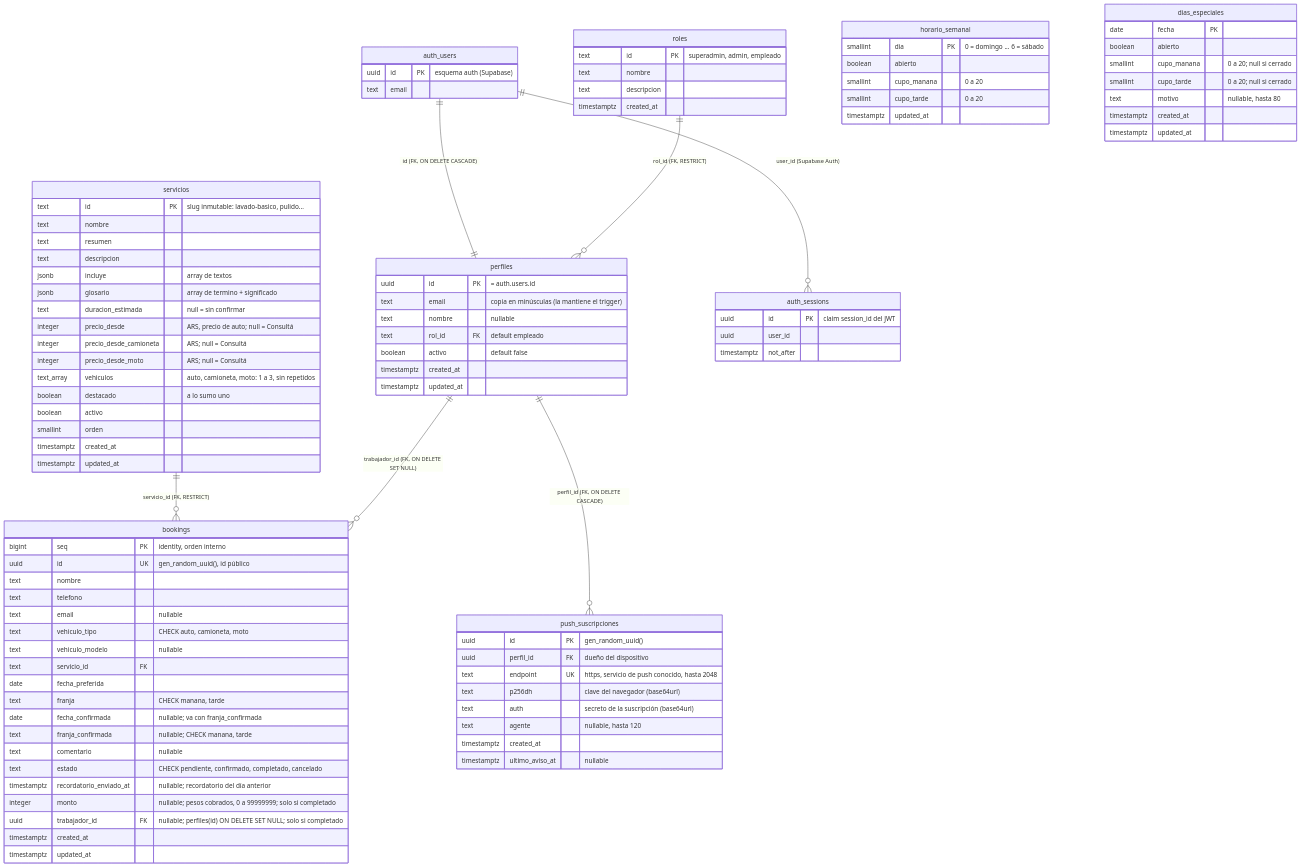
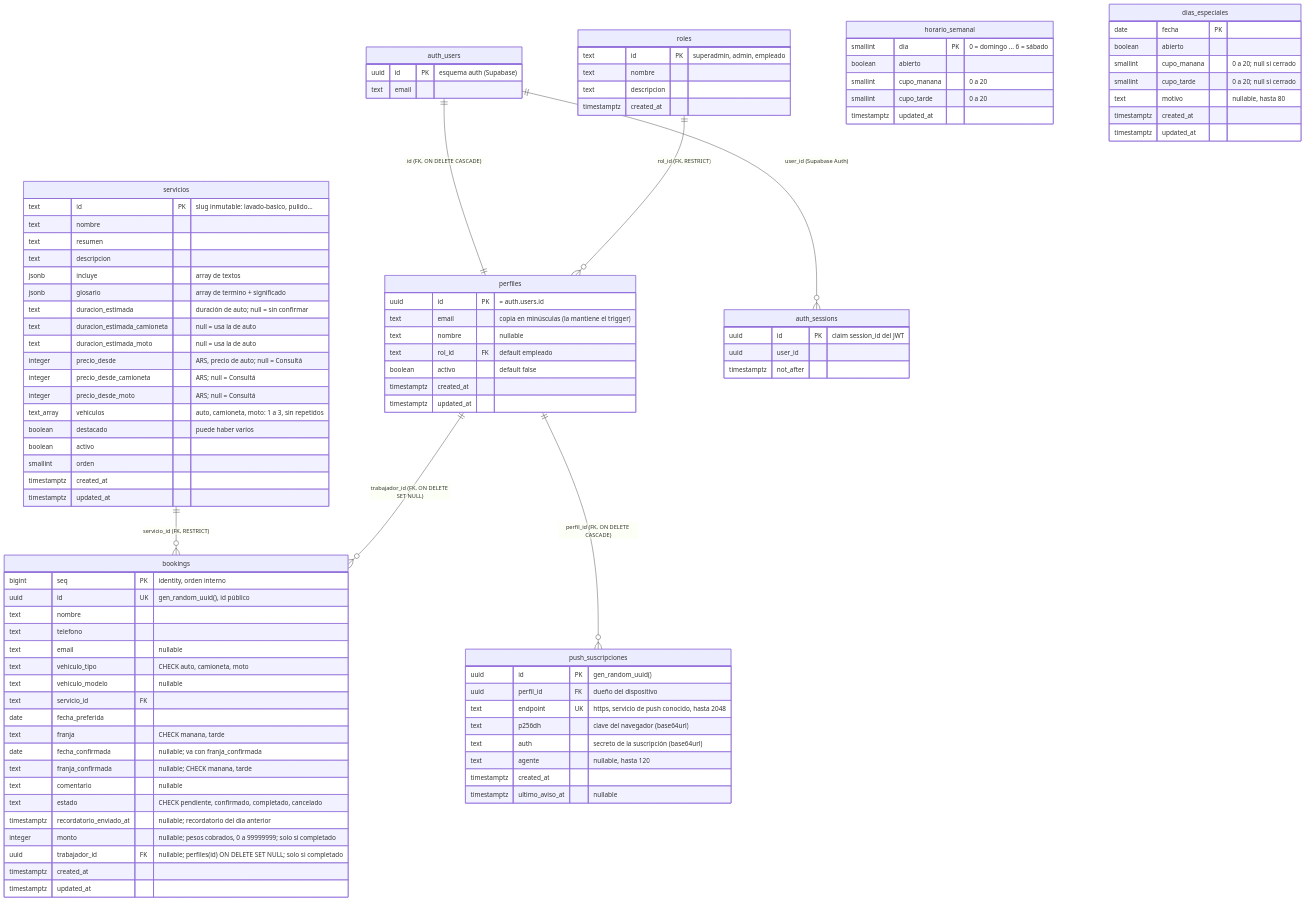
One commit to MateoGimenez/MgDetail changed the diagram in backend/README.md. Above: the diagram before and after it, drawn with Mermaid. The commit also changed other lines of this file and 32 other files, not shown here.

Commit message:
feat: varios servicios destacados, duracion por vehiculo y servicios en una sola fila en PC

```diff
--- a/backend/README.md
+++ b/backend/README.md
@@ -203,12 +203,14 @@
         text descripcion
         jsonb incluye "array de textos"
         jsonb glosario "array de termino + significado"
-        text duracion_estimada "null = sin confirmar"
+        text duracion_estimada "duración de auto; null = sin confirmar"
+        text duracion_estimada_camioneta "null = usa la de auto"
+        text duracion_estimada_moto "null = usa la de auto"
         integer precio_desde "ARS, precio de auto; null = Consultá"
         integer precio_desde_camioneta "ARS; null = Consultá"
         integer precio_desde_moto "ARS; null = Consultá"
         text_array vehiculos "auto, camioneta, moto: 1 a 3, sin repetidos"
-        boolean destacado "a lo sumo uno"
+        boolean destacado "puede haber varios"
         boolean activo
         smallint orden
         timestamptz created_at
```
